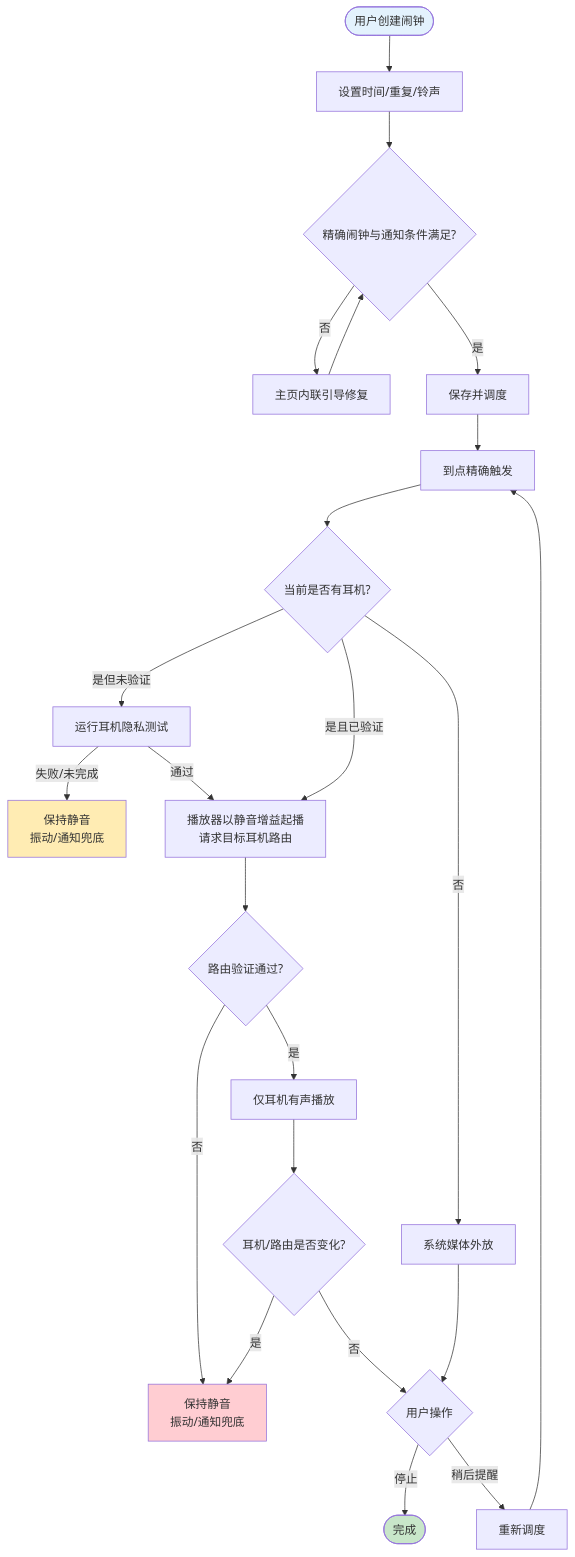
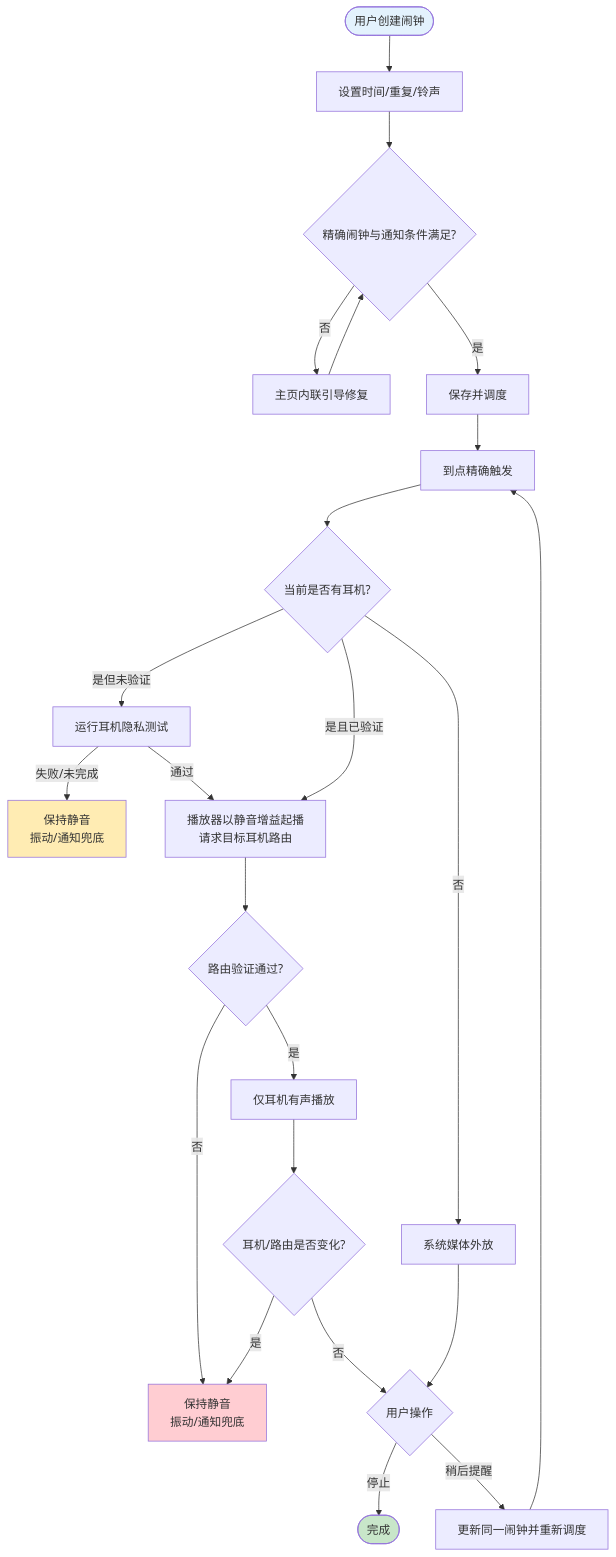
Before and after one commit to chenzhiyong1994/hush-wake: the third of 5 diagrams in docs/hush-wake-prd.md, drawn with Mermaid. The commit also changed other lines of this file and 25 other files, not shown here.

````diff
--- a/docs/hush-wake-prd.md
+++ b/docs/hush-wake-prd.md
@@ -462,31 +463,31 @@
 ```mermaid
 flowchart TD
     START([用户创建闹钟]) --> INPUT[设置时间/重复/铃声]
     INPUT --> CHECK{精确闹钟与通知条件满足?}
     CHECK -->|否| GUIDE[主页内联引导修复]
     GUIDE --> CHECK
     CHECK -->|是| SCHEDULE[保存并调度]
     SCHEDULE --> TRIGGER[到点精确触发]
     TRIGGER --> DEVICE{当前是否有耳机?}
     DEVICE -->|否| SPEAKER[系统媒体外放]
     DEVICE -->|是但未验证| TEST[运行耳机隐私测试]
     TEST -->|失败/未完成| BLOCK[保持静音<br/>振动/通知兜底]
     TEST -->|通过| SILENT
     DEVICE -->|是且已验证| SILENT
     SILENT[播放器以静音增益起播<br/>请求目标耳机路由]
     SILENT --> ROUTE{路由验证通过?}
     ROUTE -->|是| RING[仅耳机有声播放]
     ROUTE -->|否| FAIL[保持静音<br/>振动/通知兜底]
     RING --> LOST{耳机/路由是否变化?}
     LOST -->|是| FAIL
     LOST -->|否| ACTION{用户操作}
     ACTION -->|停止| DONE([完成])
-    ACTION -->|稍后提醒| SNOOZE[重新调度]
+    ACTION -->|稍后提醒| SNOOZE[更新同一闹钟并重新调度]
     SNOOZE --> TRIGGER
     SPEAKER --> ACTION
 
     style START fill:#E3F2FD
     style DONE fill:#C8E6C9
     style BLOCK fill:#FFECB3
     style FAIL fill:#FFCDD2
 ```
````
